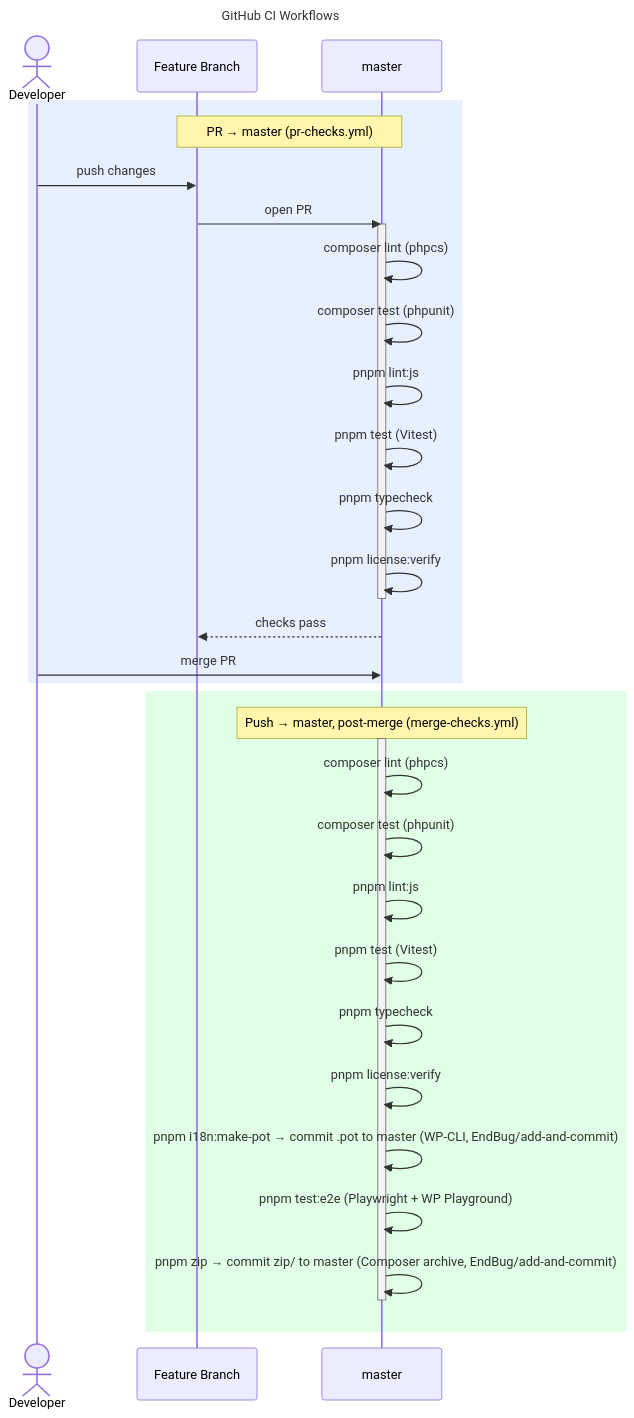
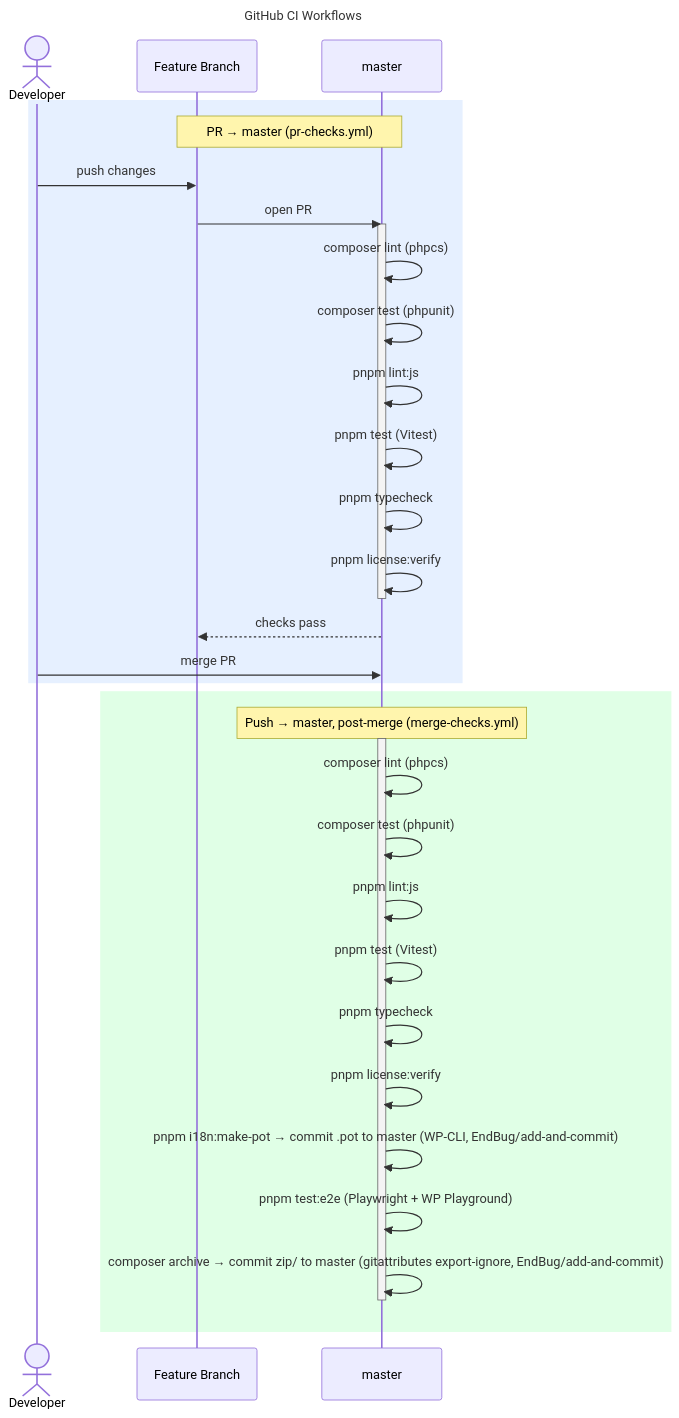
The diagram in docs/contracts/ci-workflow.mmd (erdembircan/battery-surf-bench), drawn with Mermaid before and after one commit. The commit also changed 5 other files, not shown here.

Commit message:
[CHORE]: package plugin zip via composer archive and gitattributes

```diff
--- a/docs/contracts/ci-workflow.mmd
+++ b/docs/contracts/ci-workflow.mmd
@@ -1,38 +1,38 @@
 ---
 title: GitHub CI Workflows
 ---
 sequenceDiagram
     actor Dev as Developer
     participant FB as Feature Branch
     participant M as master
 
     rect rgb(230, 240, 255)
         Note over FB,M: PR → master (pr-checks.yml)
         Dev->>FB: push changes
         FB->>M: open PR
         activate M
         M->>M: composer lint (phpcs)
         M->>M: composer test (phpunit)
         M->>M: pnpm lint:js
         M->>M: pnpm test (Vitest)
         M->>M: pnpm typecheck
         M->>M: pnpm license:verify
         deactivate M
         M-->>FB: checks pass
         Dev->>M: merge PR
     end
 
     rect rgb(224, 255, 230)
         Note over M: Push → master, post-merge (merge-checks.yml)
         activate M
         M->>M: composer lint (phpcs)
         M->>M: composer test (phpunit)
         M->>M: pnpm lint:js
         M->>M: pnpm test (Vitest)
         M->>M: pnpm typecheck
         M->>M: pnpm license:verify
         M->>M: pnpm i18n:make-pot → commit .pot to master (WP-CLI, EndBug/add-and-commit)
         M->>M: pnpm test:e2e (Playwright + WP Playground)
-        M->>M: pnpm zip → commit zip/ to master (Composer archive, EndBug/add-and-commit)
+        M->>M: composer archive → commit zip/ to master (gitattributes export-ignore, EndBug/add-and-commit)
         deactivate M
     end
```
